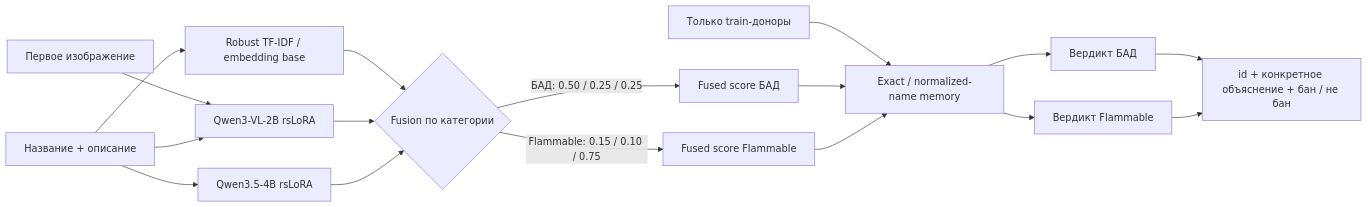
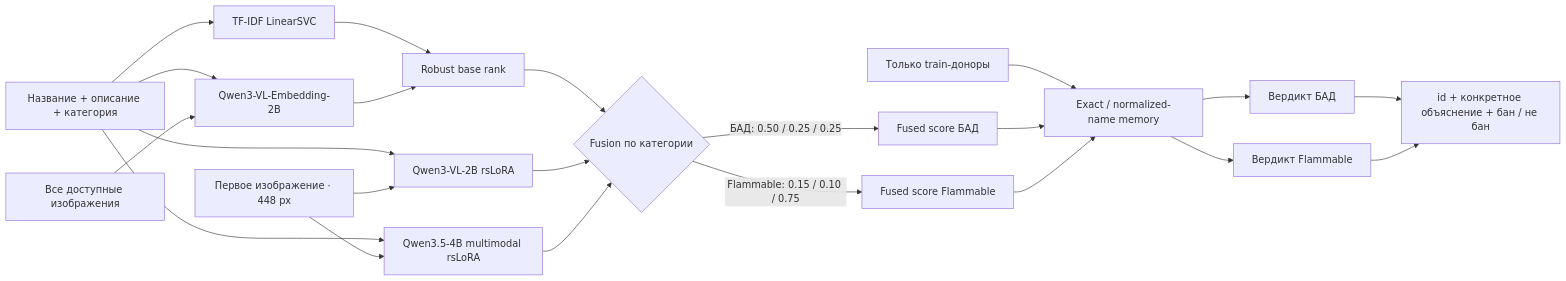
Before and after one commit to triflt/ecup-2026-quality: the first of 2 diagrams in docs/research/solution-140-journey.md, drawn with Mermaid. The commit also changed other lines of this file and 3 other files, not shown here.

Commit message:
Correct solution 140 visual input architecture

````diff
--- a/docs/research/solution-140-journey.md
+++ b/docs/research/solution-140-journey.md
@@ -56,20 +58,25 @@
 ```mermaid
 flowchart LR
-    A[Название + описание] --> T[Robust TF-IDF / embedding base]
-    A --> Q[Qwen3.5-4B rsLoRA]
-    I[Первое изображение] --> V[Qwen3-VL-2B rsLoRA]
-    A --> V
+    A[Название + описание + категория] --> T[TF-IDF LinearSVC]
+    A --> E[Qwen3-VL-Embedding-2B]
+    A --> V[Qwen3-VL-2B rsLoRA]
+    A --> Q[Qwen3.5-4B multimodal rsLoRA]
+    IA[Все доступные изображения] --> E
+    I1[Первое изображение · 448 px] --> V
+    I1 --> Q
     D[Только train-доноры] --> M[Exact / normalized-name memory]
 
-    T --> F{Fusion по категории}
+    T --> RB[Robust base rank]
+    E --> RB
+    RB --> F{Fusion по категории}
     V --> F
     Q --> F
     F -->|БАД: 0.50 / 0.25 / 0.25| FB[Fused score БАД]
     F -->|Flammable: 0.15 / 0.10 / 0.75| FC[Fused score Flammable]
     FB --> M
     FC --> M
     M --> B[Вердикт БАД]
     M --> C[Вердикт Flammable]
     B --> O[id + конкретное объяснение + бан / не бан]
     C --> O
 ```
````
